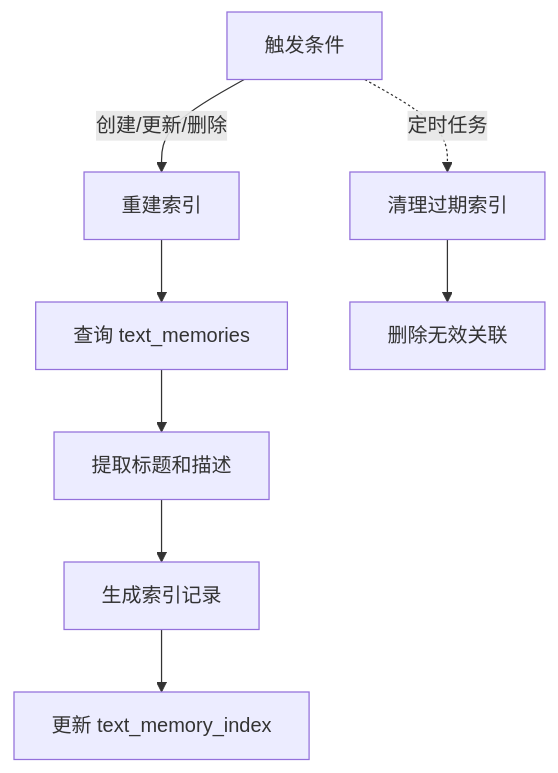
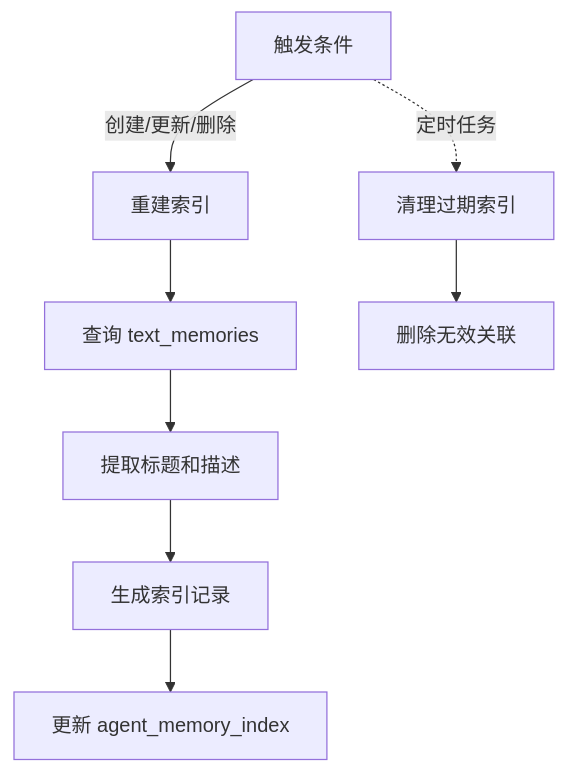
Before and after one commit to RudolphHuang/openclaw_doc: the seventh of 14 diagrams in bar/记忆设计方案.md, drawn with Mermaid. The commit also changed other lines of this file, not shown here.

````diff
--- a/bar/记忆设计方案.md
+++ b/bar/记忆设计方案.md
@@ -326,12 +326,12 @@
 ```mermaid
 flowchart TD
     Trigger["触发条件"] -->|创建/更新/删除| Rebuild["重建索引"]
     
     Rebuild --> Query["查询 text_memories"]
     Query --> Extract["提取标题和描述"]
     Extract --> Generate["生成索引记录"]
-    Generate --> Update["更新 text_memory_index"]
+    Generate --> Update["更新 agent_memory_index"]
     
     Trigger -.->|定时任务| Cleanup["清理过期索引"]
     Cleanup --> Remove["删除无效关联"]
 ```
````
